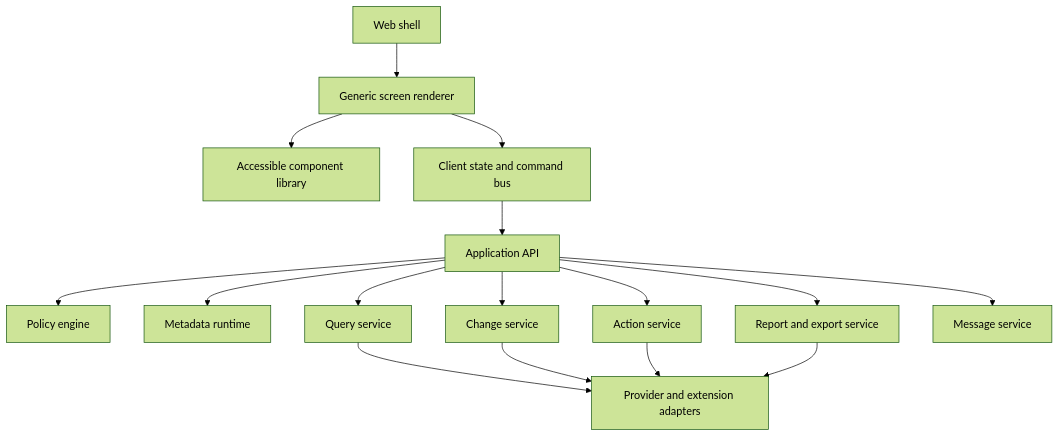
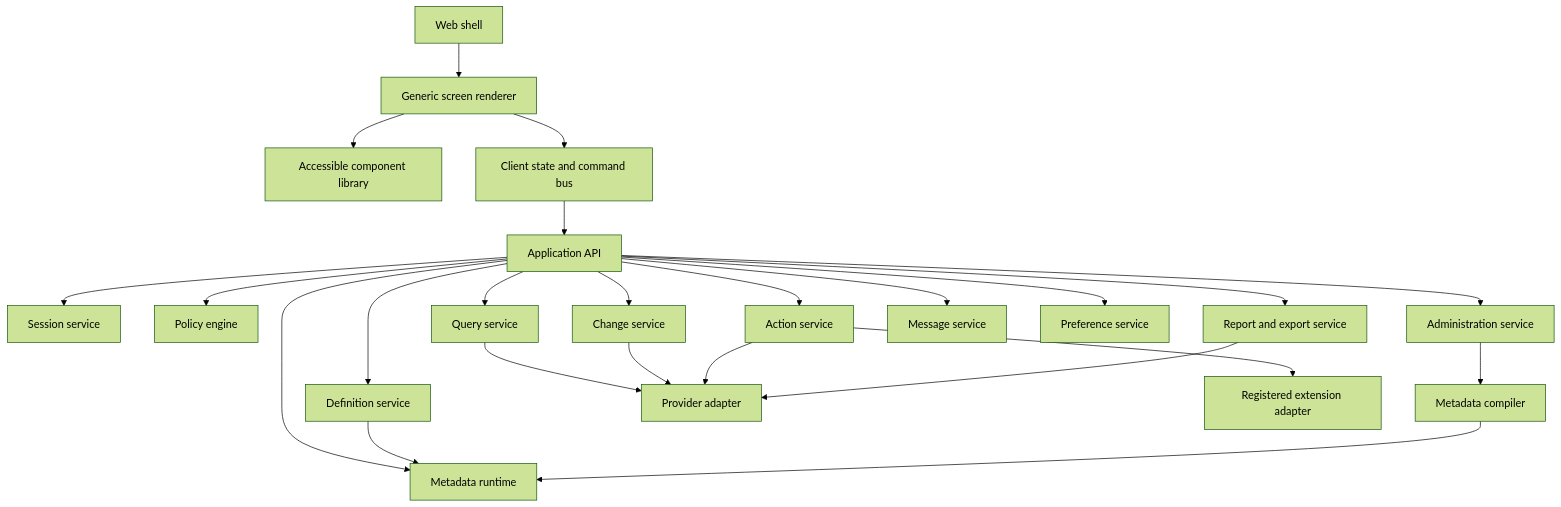
The second of 6 diagrams in docs/MODERN_WEB_SYSTEM_DESIGN.md (mraysmit/annper), drawn with Mermaid (forest theme) before and after one commit. The commit also changed other lines of this file and 7 other files, not shown here.

````diff
--- a/docs/MODERN_WEB_SYSTEM_DESIGN.md
+++ b/docs/MODERN_WEB_SYSTEM_DESIGN.md
@@ -184,32 +193,46 @@
 ```mermaid
 flowchart TB
     Shell[Web shell]
     Renderer[Generic screen renderer]
     Components[Accessible component library]
     ClientState[Client state and command bus]
     API[Application API]
+    Session[Session service]
+    Definition[Definition service]
     Auth[Policy engine]
     MetaRuntime[Metadata runtime]
+    Compiler[Metadata compiler]
     Query[Query service]
     Change[Change service]
     Action[Action service]
+    Admin[Administration service]
     Report[Report and export service]
     Message[Message service]
-    Adapter[Provider and extension adapters]
+    Preference[Preference service]
+    Adapter[Provider adapter]
+    Extension[Registered extension adapter]
 
     Shell --> Renderer
     Renderer --> Components
     Renderer --> ClientState
     ClientState --> API
+    API --> Session
+    API --> Definition
     API --> Auth
     API --> MetaRuntime
     API --> Query
     API --> Change
     API --> Action
+    API --> Admin
     API --> Report
     API --> Message
+    API --> Preference
+    Definition --> MetaRuntime
+    Admin --> Compiler
+    Compiler --> MetaRuntime
     Query --> Adapter
     Change --> Adapter
     Action --> Adapter
+    Action --> Extension
     Report --> Adapter
 ```
````
